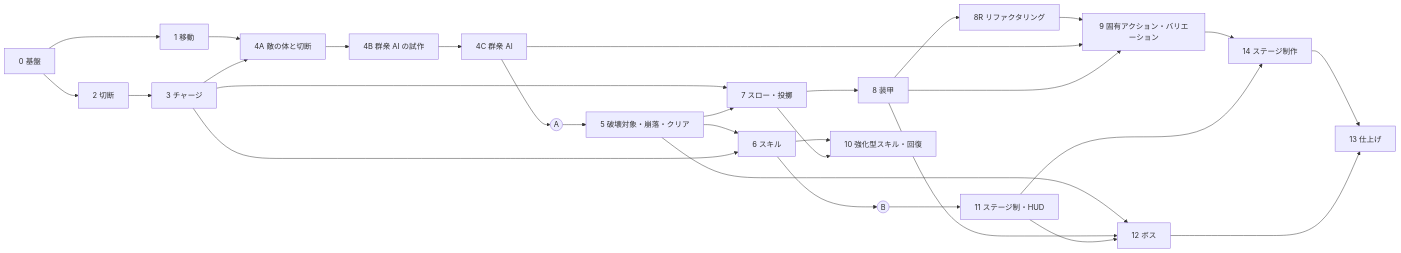
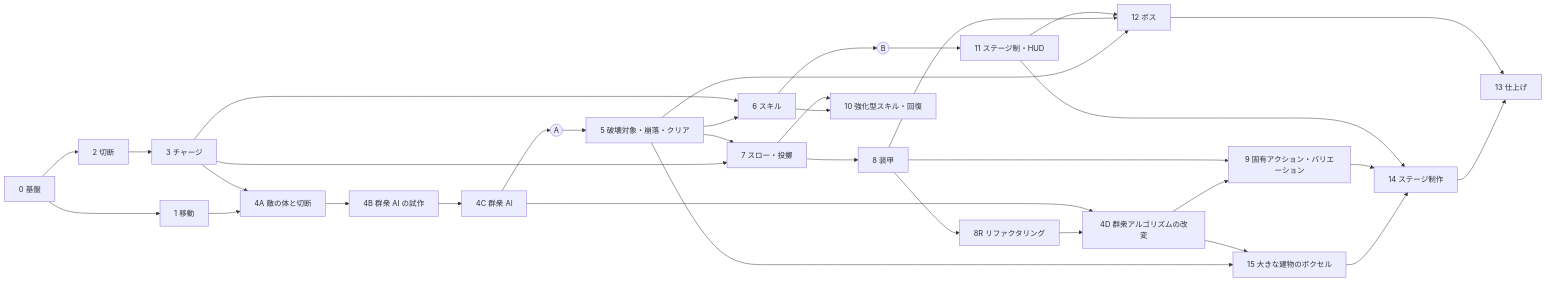
Before and after one commit to TaguchiRei/Kizami: the diagram in Assets/Docs/InGame/InGameOverallPlan.md, drawn with Mermaid. The commit also changed other lines of this file and 13 other files, not shown here.

````diff
--- a/Assets/Docs/InGame/InGameOverallPlan.md
+++ b/Assets/Docs/InGame/InGameOverallPlan.md
@@ -155,24 +162,27 @@
 ```mermaid
 flowchart LR
     S0[0 基盤] --> S1[1 移動]
     S0 --> S2[2 切断] --> S3[3 チャージ]
     S1 --> S4A[4A 敵の体と切断]
     S3 --> S4A
     S4A --> S4B[4B 群衆 AI の試作] --> S4C[4C 群衆 AI]
     S4C --> MA((A)) --> S5[5 破壊対象・崩落・クリア] --> S6[6 スキル] --> MB((B))
     S3 --> S6
     MB --> S11[11 ステージ制・HUD]
     S3 --> S7[7 スロー・投擲]
-    S5 --> S7 --> S8[8 装甲] --> S8R[8R リファクタリング] --> S9[9 固有アクション・バリエーション]
-    S4C --> S9
+    S5 --> S7 --> S8[8 装甲] --> S8R[8R リファクタリング] --> S4D[4D 群衆アルゴリズムの改変] --> S9[9 固有アクション・バリエーション]
+    S4C --> S4D
     S8 --> S9
+    S5 --> S15[15 大きな建物のボクセル]
+    S4D --> S15
+    S15 --> S14
     S6 --> S10[10 強化型スキル・回復]
     S7 --> S10
     S9 --> S14[14 ステージ制作]
     S11 --> S14
     S5 --> S12[12 ボス]
     S8 --> S12
     S11 --> S12
     S14 --> S13[13 仕上げ]
     S12 --> S13
 ```
````
